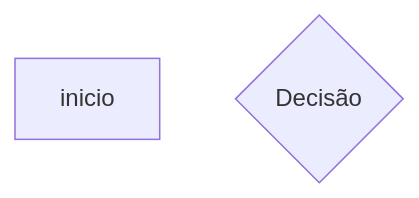
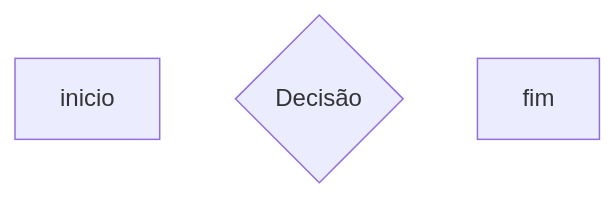
Before and after one commit to ifsc-sj-60808/escape-run: the diagram in docs/cena3.md, drawn with Mermaid.

Commit message:
atualzação do fluxograma cena3

````diff
--- a/docs/cena3.md
+++ b/docs/cena3.md
@@ -7,12 +7,12 @@
 ```mermaid
 flowchart TD
 
 A[inicio]
 B{Decisão}
-
+C[fim]
 
 
 
 
 
 ```
````
